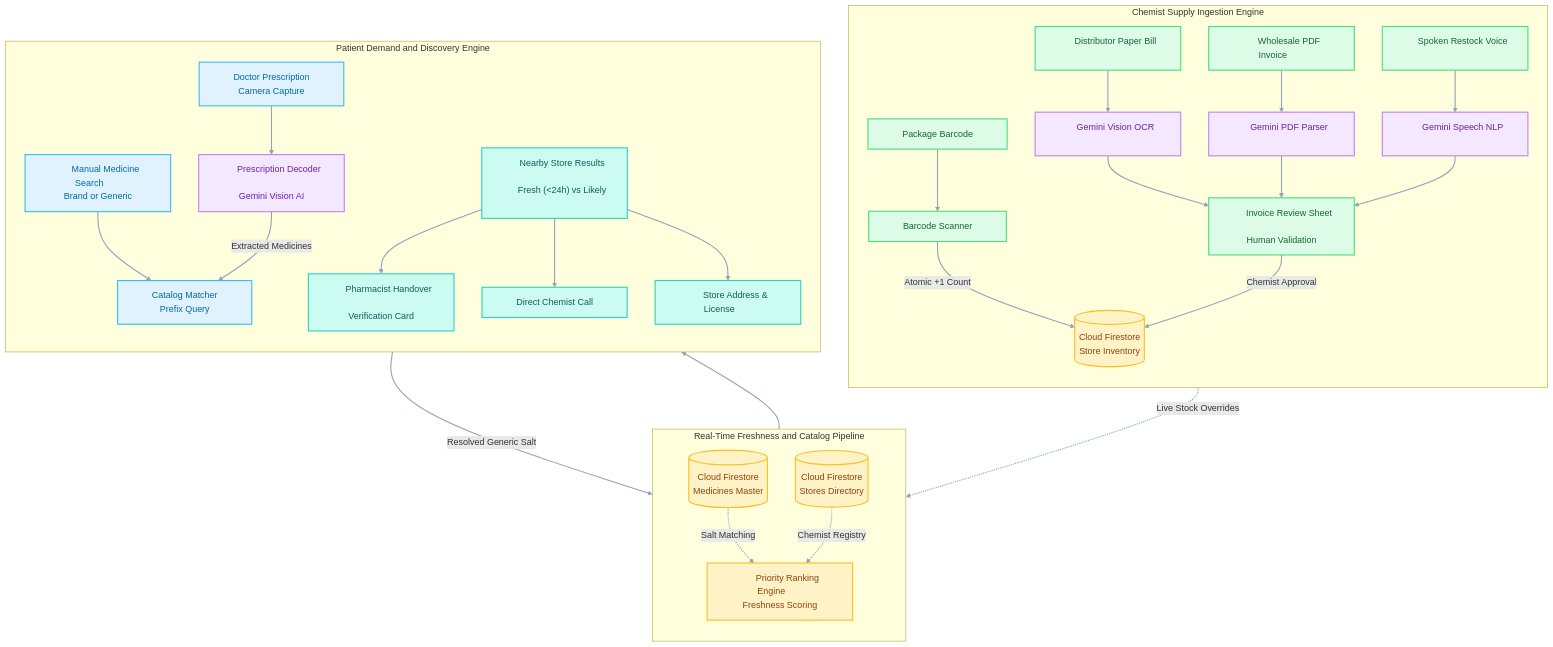
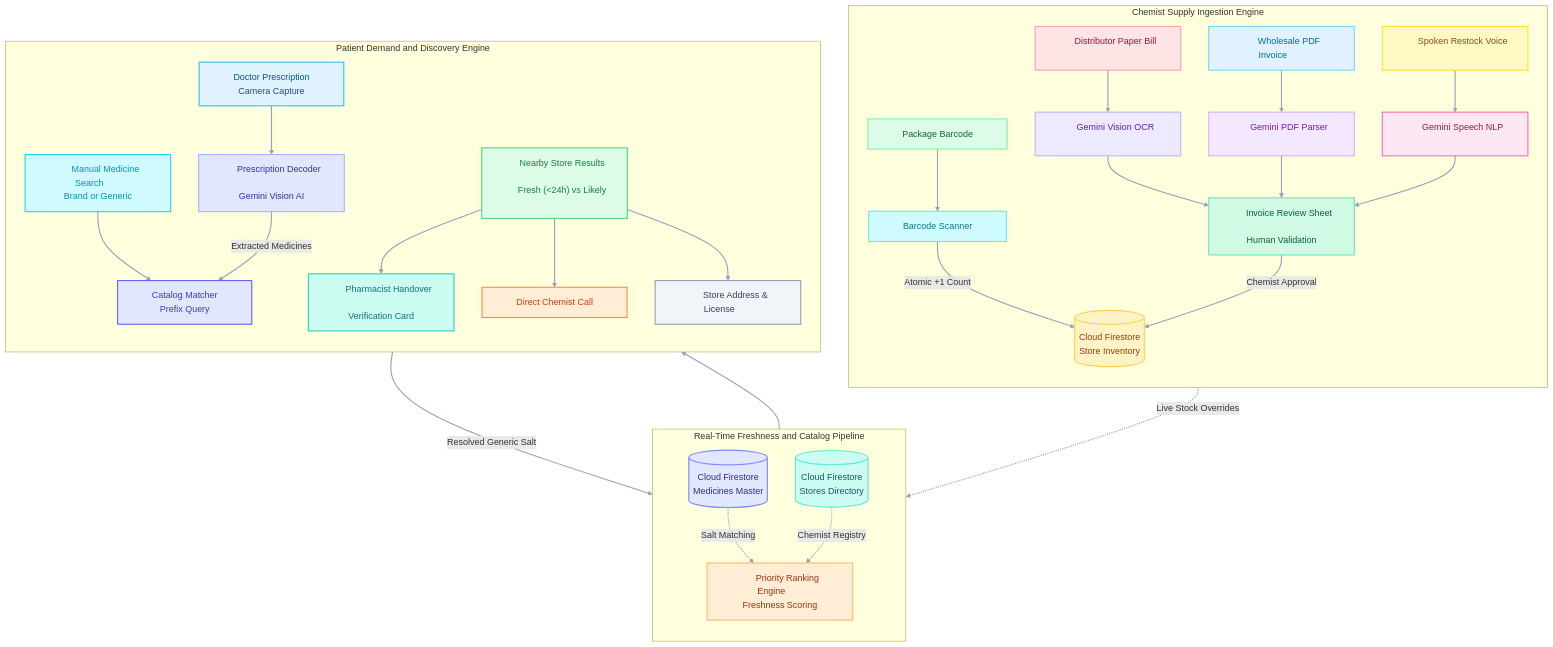
One commit to Parth-Chavan-15/MedSetu-TechSprint changed the second of 6 diagrams in README.md. Above: the diagram before and after it, drawn with Mermaid. The commit also changed other lines of this file, not shown here.

Commit message:
style: expand all large flowcharts by default with prominent h3 summary banners and diverse pastel palettes across all diagrams

````diff
--- a/README.md
+++ b/README.md
@@ -157,17 +157,52 @@
         UI_STORES --> ACT_INFO["&nbsp;&nbsp;&nbsp;&nbsp;&nbsp;&nbsp; Store Address & License &nbsp;&nbsp;&nbsp;&nbsp;&nbsp;&nbsp;"]
     end
 
-    classDef chemist fill:#DCFCE7,stroke:#4ADE80,color:#166534,stroke-width:2px;
-    classDef patient fill:#E0F2FE,stroke:#38BDF8,color:#0369A1,stroke-width:2px;
-    classDef ai fill:#F3E8FF,stroke:#C084FC,color:#6B21A8,stroke-width:2px;
-    classDef firestore fill:#FEF3C7,stroke:#FBBF24,color:#92400E,stroke-width:2px;
-    classDef output fill:#CCFBF1,stroke:#2DD4BF,color:#115E59,stroke-width:2px;
+    classDef paper fill:#FFE4E6,stroke:#FDA4AF,color:#9F1239,stroke-width:2px;
+    classDef pdf fill:#E0F2FE,stroke:#7DD3FC,color:#0369A1,stroke-width:2px;
+    classDef voice fill:#FEF9C3,stroke:#FDE047,color:#854D0E,stroke-width:2px;
+    classDef barcode fill:#DCFCE7,stroke:#86EFAC,color:#166534,stroke-width:2px;
+    classDef scanner fill:#CFFAFE,stroke:#67E8F9,color:#0E7490,stroke-width:2px;
+    classDef review fill:#D1FAE5,stroke:#6EE7B7,color:#065F46,stroke-width:2px;
+    classDef ai1 fill:#EDE9FE,stroke:#C4B5FD,color:#5B21B6,stroke-width:2px;
+    classDef ai2 fill:#F3E8FF,stroke:#D8B4FE,color:#6B21A8,stroke-width:2px;
+    classDef ai3 fill:#FCE7F3,stroke:#F472B6,color:#9D174D,stroke-width:2px;
+    classDef ai4 fill:#E0E7FF,stroke:#A5B4FC,color:#3730A3,stroke-width:2px;
+    classDef invDb fill:#FEF3C7,stroke:#FCD34D,color:#92400E,stroke-width:2px;
+    classDef medDb fill:#E0E7FF,stroke:#818CF8,color:#312E81,stroke-width:2px;
+    classDef storeDb fill:#CCFBF1,stroke:#5EEAD4,color:#115E59,stroke-width:2px;
+    classDef rankNode fill:#FFEDD5,stroke:#FDBA74,color:#9A3412,stroke-width:2px;
+    classDef rxPhoto fill:#E0F2FE,stroke:#38BDF8,color:#075985,stroke-width:2px;
+    classDef searchTxt fill:#CFFAFE,stroke:#22D3EE,color:#0891B2,stroke-width:2px;
+    classDef matcher fill:#E0E7FF,stroke:#6366F1,color:#4338CA,stroke-width:2px;
+    classDef results fill:#DCFCE7,stroke:#4ADE80,color:#15803D,stroke-width:2px;
+    classDef actCard fill:#CCFBF1,stroke:#2DD4BF,color:#0F766E,stroke-width:2px;
+    classDef actCall fill:#FFEDD5,stroke:#FB923C,color:#C2410C,stroke-width:2px;
+    classDef actInfo fill:#F1F5F9,stroke:#94A3B8,color:#334155,stroke-width:2px;
 
-    class C_INV,C_PDF,C_VOICE,C_BC,BC_SCAN,IRS chemist;
-    class P_RX,P_TXT,MATCH patient;
-    class G_INV,G_PDF,G_NLP,G_RX ai;
-    class FS_INV,FS_MED,FS_STORES,RANK firestore;
-    class UI_STORES,ACT_CARD,ACT_CALL,ACT_INFO output;
+    class C_INV paper;
+    class G_INV ai1;
+    class C_PDF pdf;
+    class G_PDF ai2;
+    class C_VOICE voice;
+    class G_NLP ai3;
+    class C_BC barcode;
+    class BC_SCAN scanner;
+    class IRS review;
+    class FS_INV invDb;
+
+    class FS_MED medDb;
+    class FS_STORES storeDb;
+    class RANK rankNode;
+
+    class P_RX rxPhoto;
+    class G_RX ai4;
+    class P_TXT searchTxt;
+    class MATCH matcher;
+
+    class UI_STORES results;
+    class ACT_CARD actCard;
+    class ACT_CALL actCall;
+    class ACT_INFO actInfo;
 
     linkStyle default stroke:#94A3B8,stroke-width:2px;
 ```
````
